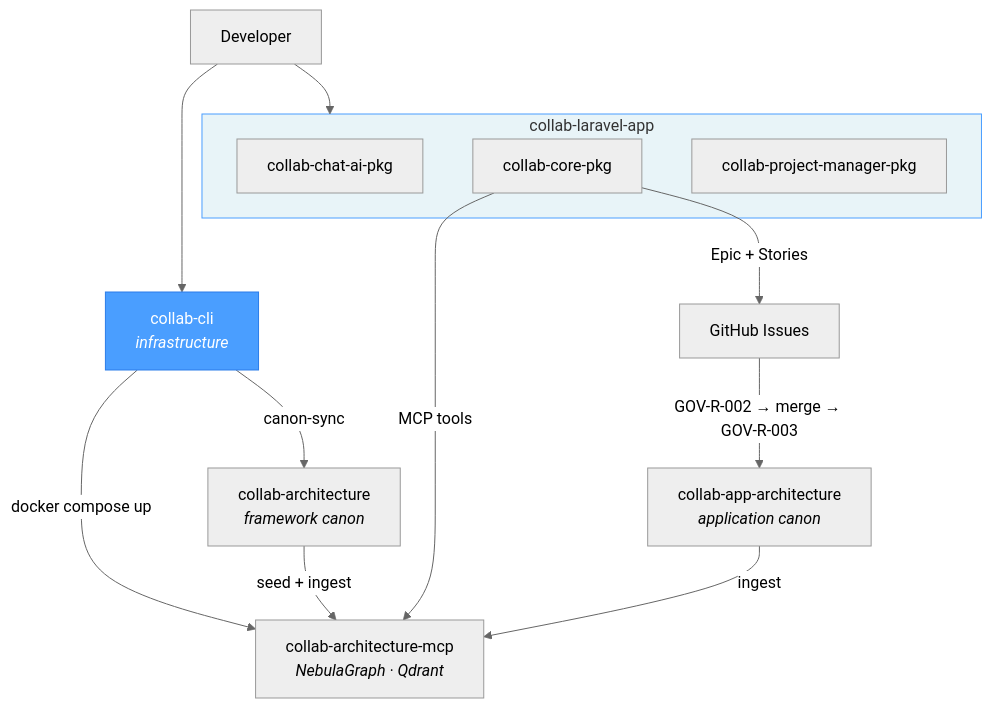
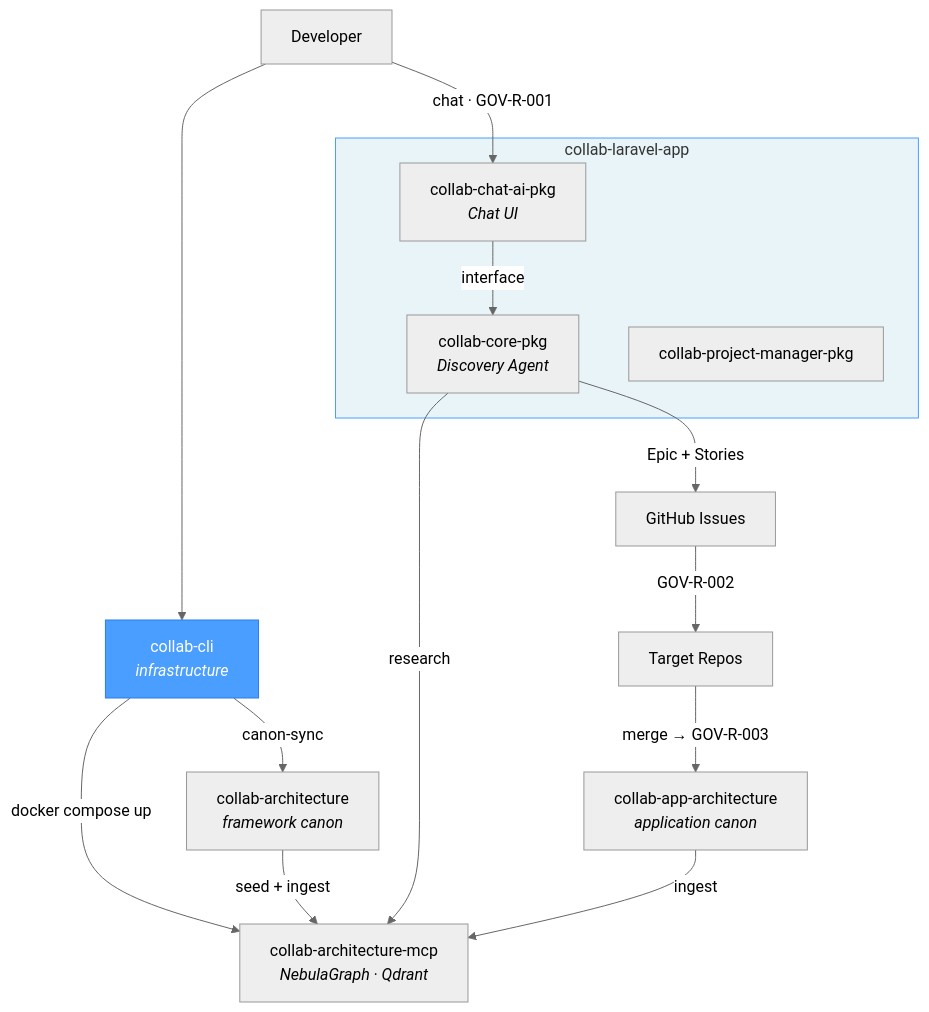
Before and after one commit to uxmaltech/collab-cli: the diagram in README.md, drawn with Mermaid (neutral theme).

Commit message:
docs: update ecosystem diagram with Discovery Agent flow
Add Discovery Agent lifecycle to the ecosystem diagram:
Developer → chat-ai-pkg (Chat UI) → core-pkg (Discovery Agent) → Epic + Stories →
GitHub Issues → Target Repos (GOV-R-002) → app-architecture (GOV-R-003 canon sync)

````diff
--- a/README.md
+++ b/README.md
@@ -7,24 +7,27 @@
 ```mermaid
 graph TD
     DEV[Developer] --> CLI[collab-cli<br><i>infrastructure</i>]
 
     subgraph APP["collab-laravel-app"]
-        CHAT[collab-chat-ai-pkg]
-        CORE[collab-core-pkg]
+        CHAT[collab-chat-ai-pkg<br><i>Chat UI</i>]
+        CORE[collab-core-pkg<br><i>Discovery Agent</i>]
         PM[collab-project-manager-pkg]
+        CHAT -- interface --> CORE
     end
 
-    DEV --> APP
+    DEV -- "chat · GOV-R-001" --> CHAT
 
     CLI -- canon-sync --> CA[collab-architecture<br><i>framework canon</i>]
     CLI -- docker compose up --> MCP[collab-architecture-mcp<br><i>NebulaGraph · Qdrant</i>]
     CA -- seed + ingest --> MCP
 
-    CORE -- MCP tools --> MCP
+    CORE -- research --> MCP
     CORE -- "Epic + Stories" --> GH[GitHub Issues]
-    GH -- "GOV-R-002 → merge → GOV-R-003" --> BCA[collab-app-architecture<br><i>application canon</i>]
+
+    GH -- "GOV-R-002" --> REPOS[Target Repos]
+    REPOS -- "merge → GOV-R-003" --> BCA[collab-app-architecture<br><i>application canon</i>]
     BCA -- ingest --> MCP
 
     style CLI fill:#4a9eff,stroke:#2b7de9,color:#fff
     style APP fill:#e8f4f8,stroke:#4a9eff
 ```
````
